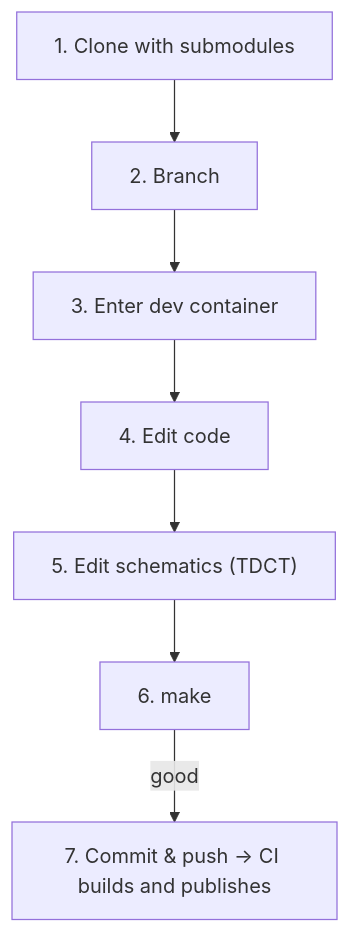
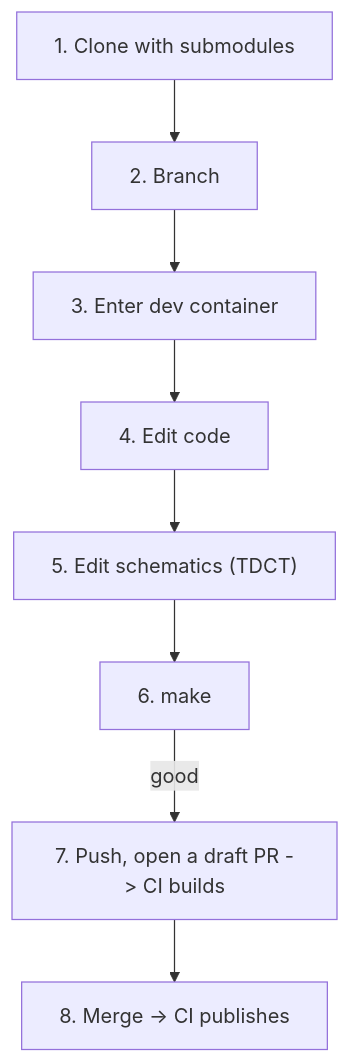
Before and after one commit to gemini-rtsw/gemini-rtsw-ci: the diagram in WORKFLOW.md, drawn with Mermaid. The commit also changed other lines of this file and 1 other file, not shown here.

First line of the commit message:
Document pull-request builds, and correct what is out of date

````diff
--- a/WORKFLOW.md
+++ b/WORKFLOW.md
@@ -23,9 +23,10 @@
 ```mermaid
 flowchart TD
   A["1. Clone with submodules"] --> B["2. Branch"]
   B --> C["3. Enter dev container"]
   C --> D["4. Edit code"]
   D --> E["5. Edit schematics (TDCT)"]
   E --> F["6. make"]
-  F -->|"good"| G["7. Commit & push -> CI builds and publishes"]
+  F -->|"good"| G["7. Push, open a draft PR -> CI builds"]
+  G --> H["8. Merge -> CI publishes"]
 ```
````
